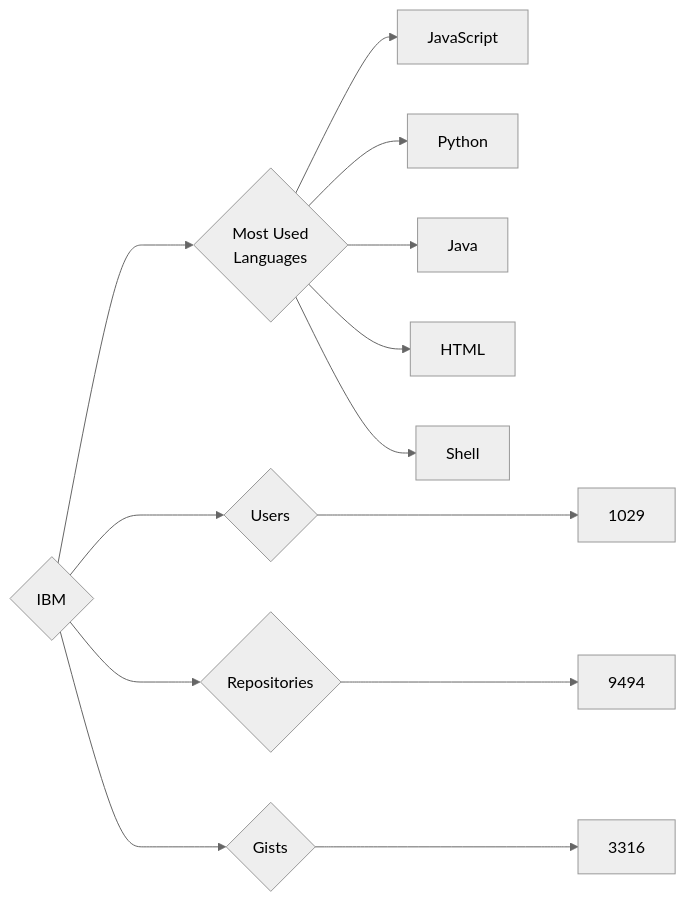
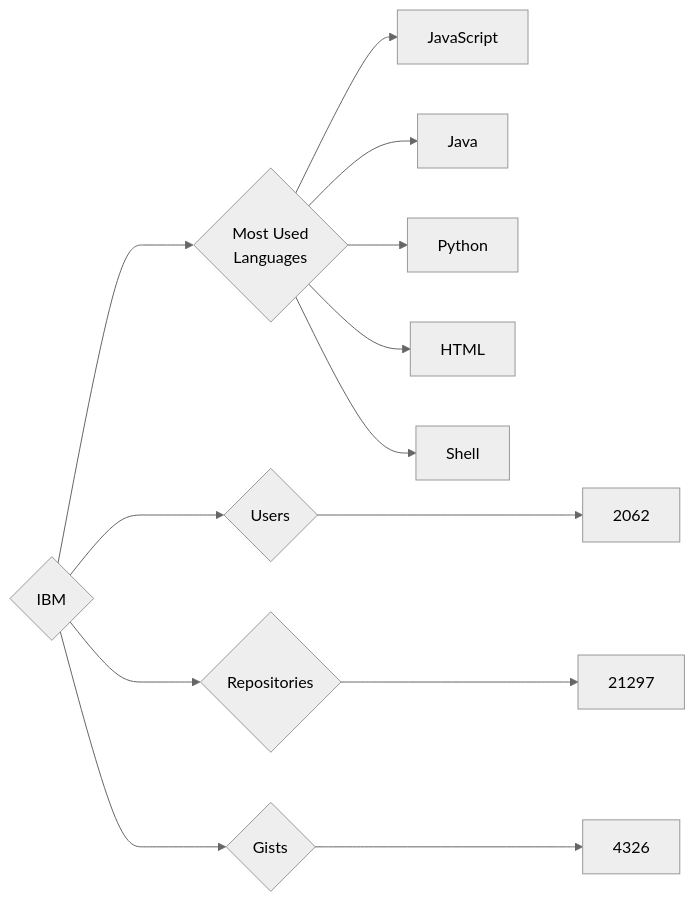
Before and after one commit to trickest/insiders: the diagram in targets/IBM/README.md, drawn with Mermaid (neutral theme). The commit also changed 861 other files, not shown here.

````diff
--- a/targets/IBM/README.md
+++ b/targets/IBM/README.md
@@ -3,13 +3,13 @@
 ```mermaid
 graph LR
 COMPANY_NAME{IBM}
-COMPANY_NAME ---> U{Users} ---> UN[1029]
-COMPANY_NAME ---> R{Repositories} ---> RN[9494]
-COMPANY_NAME ---> G{Gists} ---> GN[3316]
+COMPANY_NAME ---> U{Users} ---> UN[2062]
+COMPANY_NAME ---> R{Repositories} ---> RN[21297]
+COMPANY_NAME ---> G{Gists} ---> GN[4326]
 COMPANY_NAME ---> ML{Most Used<br>Languages}
 ML --> JavaScript[JavaScript]
+ML --> Java[Java]
 ML --> Python[Python]
-ML --> Java[Java]
 ML --> HTML[HTML]
 ML --> Shell[Shell]
 ```
````
